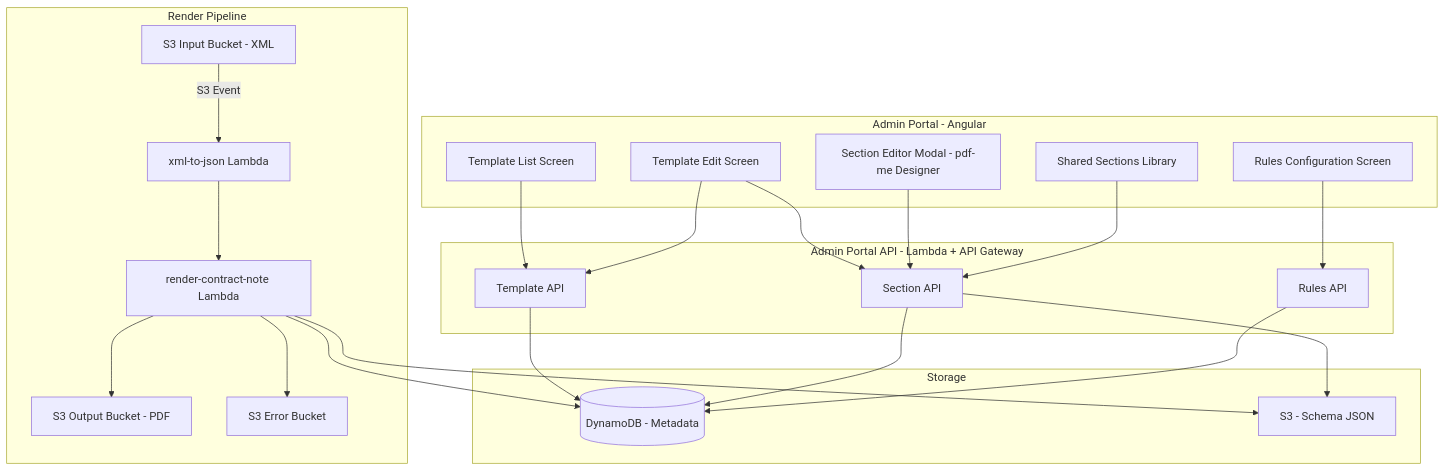
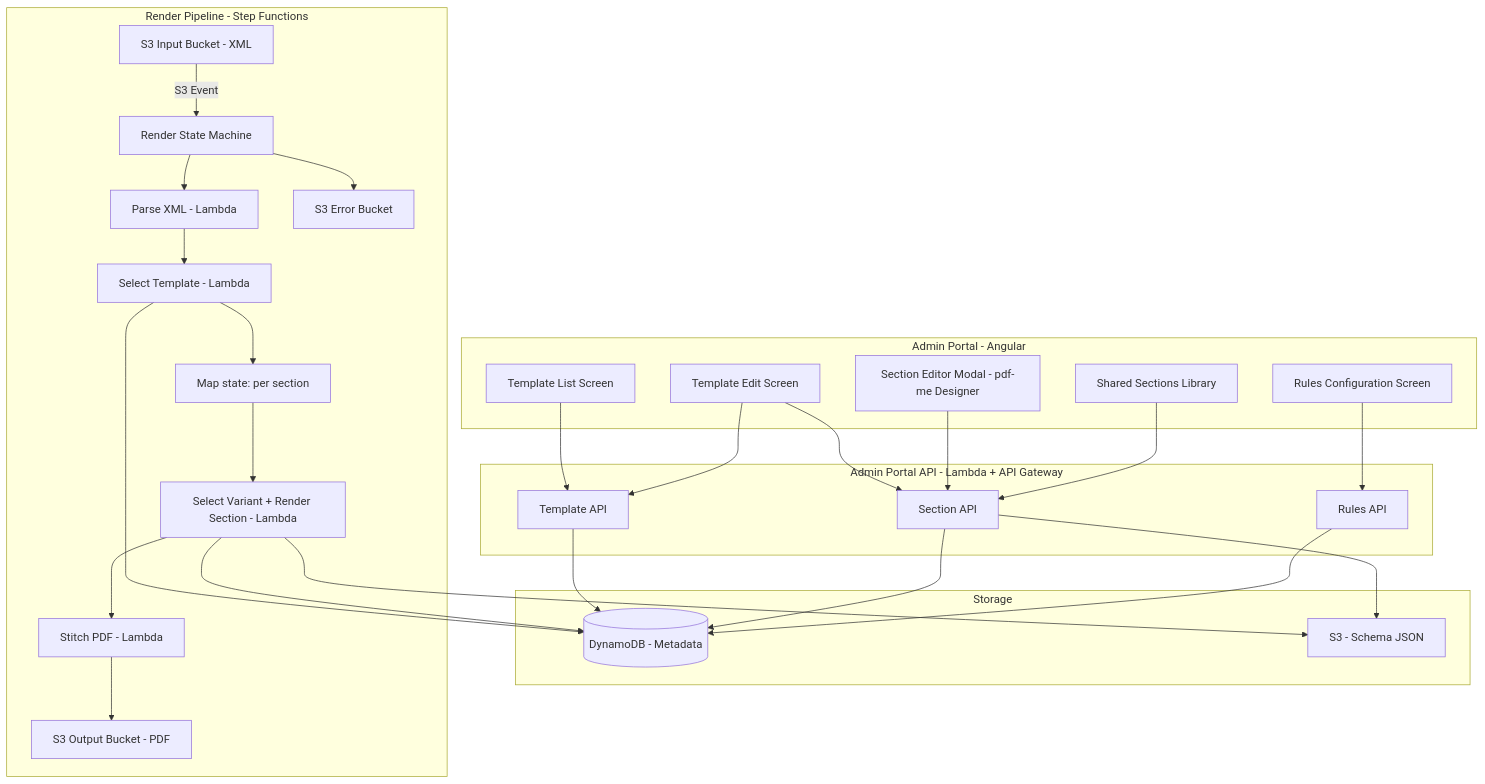
One commit to MartinWhippD55/d55-analysis changed the first of 2 diagrams in .kiro/specs/contract-note-template-management/design.md. Above: the diagram before and after it, drawn with Mermaid. The commit also changed other lines of this file and 46 other files, not shown here.

````diff
--- a/.kiro/specs/contract-note-template-management/design.md
+++ b/.kiro/specs/contract-note-template-management/design.md
@@ -20,48 +30,57 @@
 ```mermaid
 graph TB
     subgraph Admin Portal - Angular
         TL[Template List Screen]
         TE[Template Edit Screen]
         RC[Rules Configuration Screen]
         SE[Section Editor Modal - pdf-me Designer]
         SL[Shared Sections Library]
     end
 
     subgraph Admin Portal API - Lambda + API Gateway
         TAPI[Template API]
         SAPI[Section API]
         RAPI[Rules API]
     end
 
     subgraph Storage
         DDB[(DynamoDB - Metadata)]
         S3S[S3 - Schema JSON]
     end
 
-    subgraph Render Pipeline
+    subgraph Render Pipeline - Step Functions
         S3IN[S3 Input Bucket - XML]
-        XML2JSON[xml-to-json Lambda]
-        RENDER[render-contract-note Lambda]
+        SFN[Render State Machine]
+        PARSE[Parse XML - Lambda]
+        SELECT[Select Template - Lambda]
+        MAP[Map state: per section]
+        RENDERSEC[Select Variant + Render Section - Lambda]
+        STITCH[Stitch PDF - Lambda]
         S3OUT[S3 Output Bucket - PDF]
         S3ERR[S3 Error Bucket]
     end
 
     TL --> TAPI
     TE --> TAPI
     TE --> SAPI
     RC --> RAPI
     SE --> SAPI
     SL --> SAPI
 
     TAPI --> DDB
     SAPI --> DDB
     SAPI --> S3S
     RAPI --> DDB
 
-    S3IN -->|S3 Event| XML2JSON
-    XML2JSON --> RENDER
-    RENDER --> DDB
-    RENDER --> S3S
-    RENDER --> S3OUT
-    RENDER --> S3ERR
+    S3IN -->|S3 Event| SFN
+    SFN --> PARSE
+    PARSE --> SELECT
+    SELECT --> MAP
+    MAP --> RENDERSEC
+    RENDERSEC --> STITCH
+    SELECT --> DDB
+    RENDERSEC --> DDB
+    RENDERSEC --> S3S
+    STITCH --> S3OUT
+    SFN --> S3ERR
 ```
````
